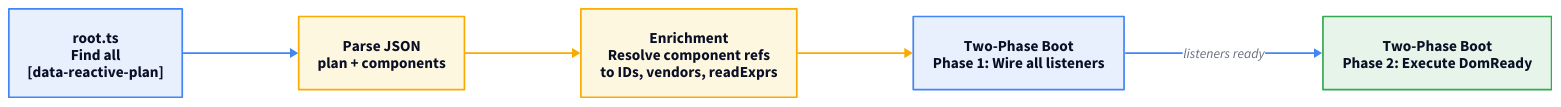
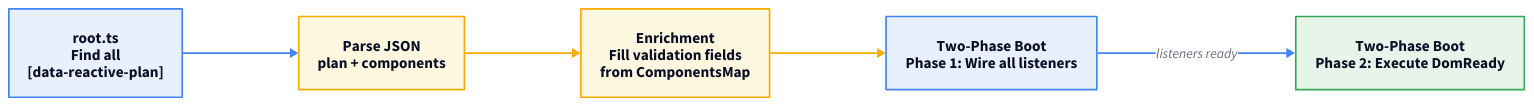
Before and after one commit to marafiq/alis-reactive: the first of 2 diagrams in docs-site/src/content/docs/architecture/runtime.mdx, drawn with D2. The commit also changed other lines of this file and 3 other files, not shown here.

First line of the commit message:
docs: fix all architecture review issues verified against code

````diff
--- a/docs-site/src/content/docs/architecture/runtime.mdx
+++ b/docs-site/src/content/docs/architecture/runtime.mdx
@@ -41,47 +41,47 @@
 ```d2
 direction: right
 
 discover: "root.ts\nFind all\n[data-reactive-plan]" {
   shape: rectangle
   style.fill: "#e8f0fe"
   style.stroke: "#4285f4"
   style.font-size: 18
 }
 parse: "Parse JSON\nplan + components" {
   shape: rectangle
   style.fill: "#fef7e0"
   style.stroke: "#f9ab00"
   style.font-size: 18
 }
-enrich: "Enrichment\nResolve component refs\nto IDs, vendors, readExprs" {
+enrich: "Enrichment\nFill validation fields\nfrom ComponentsMap" {
   shape: rectangle
   style.fill: "#fef7e0"
   style.stroke: "#f9ab00"
   style.font-size: 18
 }
 phase1: "Two-Phase Boot\nPhase 1: Wire all listeners" {
   shape: rectangle
   style.fill: "#e8f0fe"
   style.stroke: "#4285f4"
   style.font-size: 18
 }
 phase2: "Two-Phase Boot\nPhase 2: Execute DomReady" {
   shape: rectangle
   style.fill: "#e6f4ea"
   style.stroke: "#34a853"
   style.font-size: 18
 }
 
 discover -> parse {
   style.stroke: "#4285f4"
 }
 parse -> enrich {
   style.stroke: "#f9ab00"
 }
 enrich -> phase1 {
   style.stroke: "#f9ab00"
 }
 phase1 -> phase2: listeners ready {
   style.stroke: "#4285f4"
 }
 ```
````
